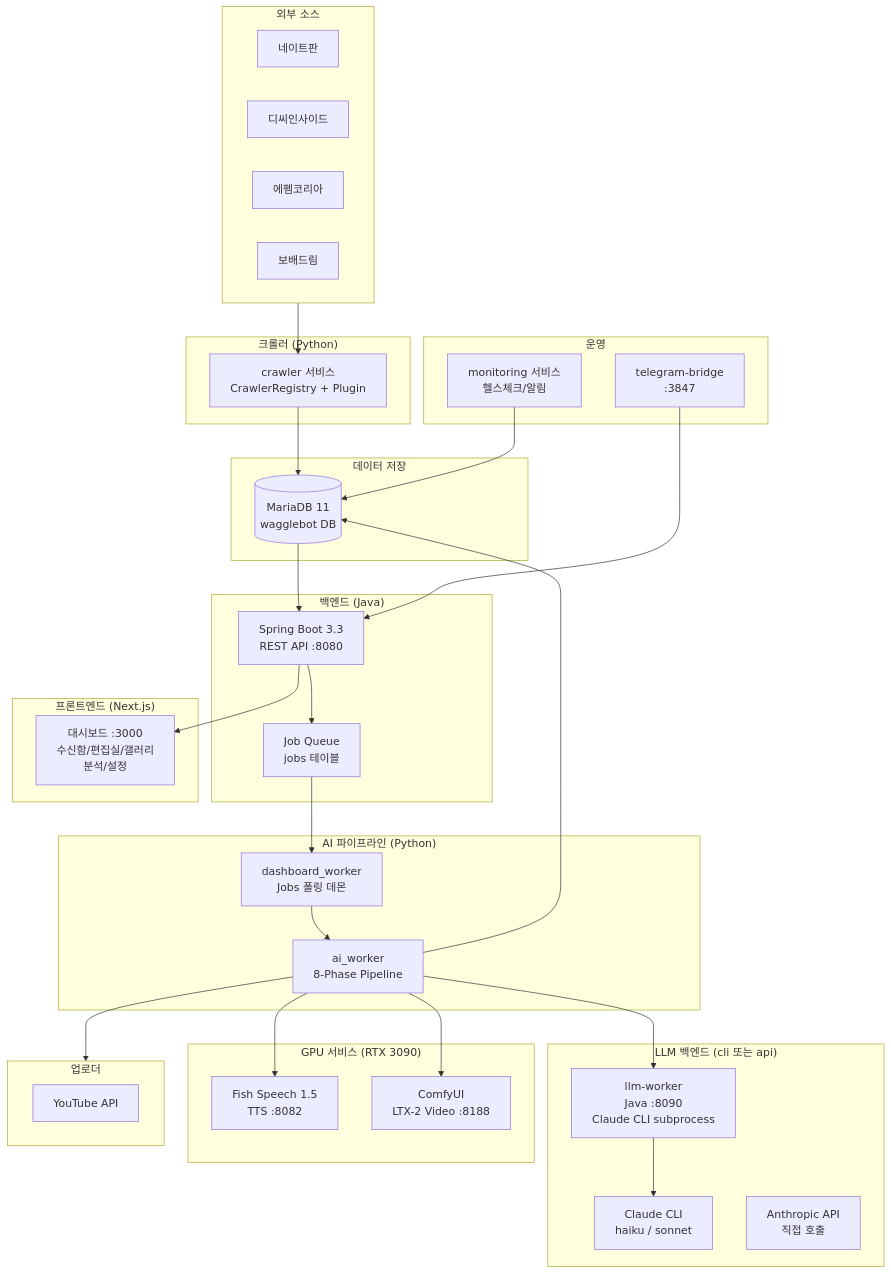
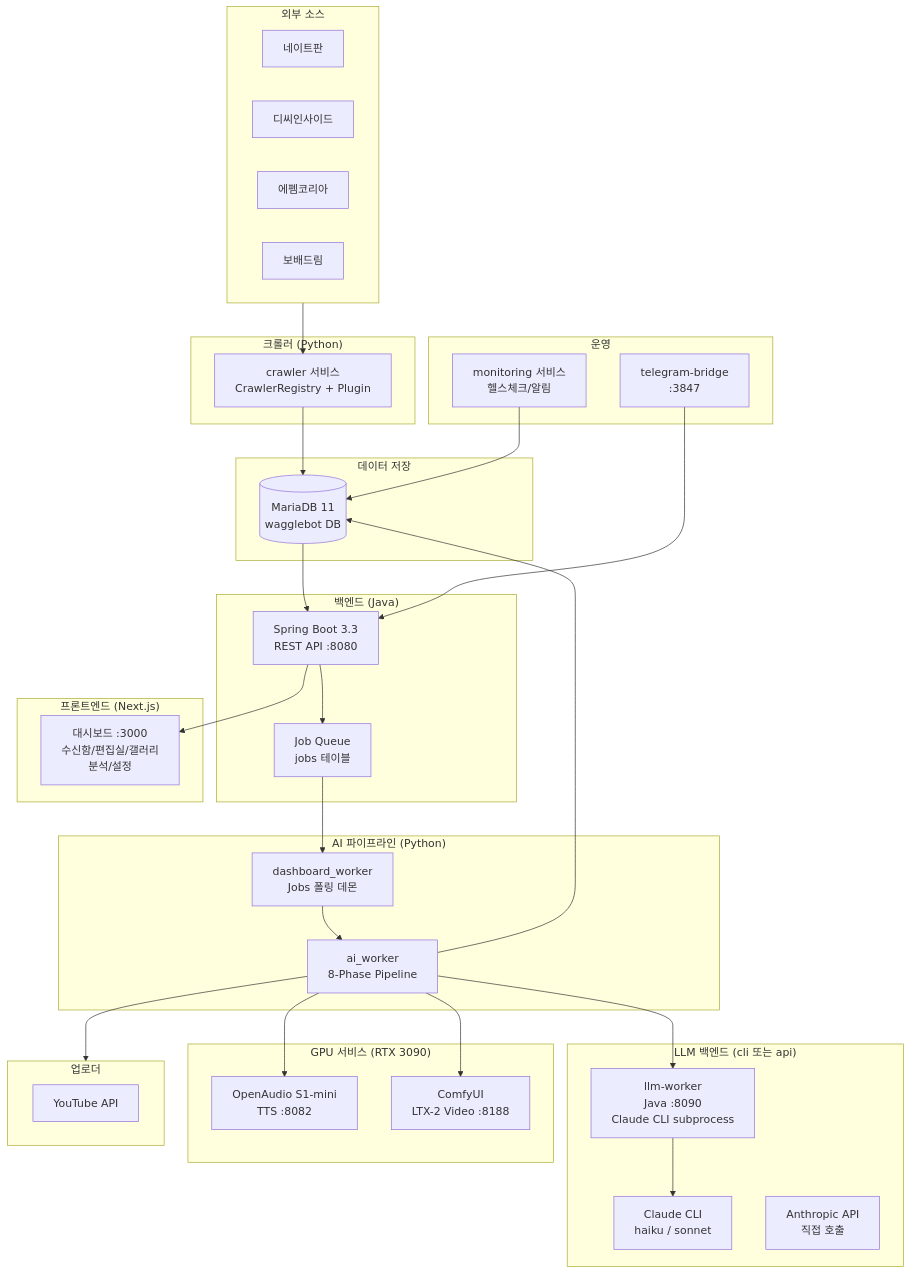
One commit to Justant-source/WaggleBot changed the first of 4 diagrams in docs/architecture.md. Above: the diagram before and after it, drawn with Mermaid. The commit also changed other lines of this file and 27 other files, not shown here.

First line of the commit message:
feat: TTS OpenAudio S1-mini 업그레이드 + reference_id 음성 복제·감정 마커 (ADR-0005)

````diff
--- a/docs/architecture.md
+++ b/docs/architecture.md
@@ -10,67 +10,67 @@
 ```mermaid
 flowchart TD
     subgraph External["외부 소스"]
         NATE[네이트판]
         DCINSIDE[디씨인사이드]
         FMKOREA[에펨코리아]
         BOBAEDREAM[보배드림]
     end
 
     subgraph Crawler["크롤러 (Python)"]
         CRAWL[crawler 서비스<br/>CrawlerRegistry + Plugin]
     end
 
     subgraph Storage["데이터 저장"]
         DB[(MariaDB 11<br/>wagglebot DB)]
     end
 
     subgraph Backend["백엔드 (Java)"]
         SPRING[Spring Boot 3.3<br/>REST API :8080]
         JOB[Job Queue<br/>jobs 테이블]
     end
 
     subgraph Frontend["프론트엔드 (Next.js)"]
         DASH[대시보드 :3000<br/>수신함/편집실/갤러리<br/>분석/설정]
     end
 
     subgraph AI_Pipeline["AI 파이프라인 (Python)"]
         AI[ai_worker<br/>8-Phase Pipeline]
         DW[dashboard_worker<br/>Jobs 폴링 데몬]
     end
 
     subgraph LLM["LLM 백엔드 (cli 또는 api)"]
         LLM_W[llm-worker<br/>Java :8090<br/>Claude CLI subprocess]
         CLAUDE_CLI[Claude CLI<br/>haiku / sonnet]
         ANTHROPIC_API[Anthropic API<br/>직접 호출]
     end
 
     subgraph GPU_Services["GPU 서비스 (RTX 3090)"]
-        FISH[Fish Speech 1.5<br/>TTS :8082]
+        FISH[OpenAudio S1-mini<br/>TTS :8082]
         COMFY[ComfyUI<br/>LTX-2 Video :8188]
     end
 
     subgraph Upload["업로더"]
         YT[YouTube API]
     end
 
     subgraph Monitoring["운영"]
         MON[monitoring 서비스<br/>헬스체크/알림]
         TG[telegram-bridge<br/>:3847]
     end
 
     External --> CRAWL
     CRAWL --> DB
     DB --> SPRING
     SPRING --> JOB
     JOB --> DW
     DW --> AI
     AI --> LLM_W
     LLM_W --> CLAUDE_CLI
     AI --> FISH
     AI --> COMFY
     AI --> DB
     SPRING --> DASH
     AI --> Upload
     MON --> DB
     TG --> SPRING
 ```
````
